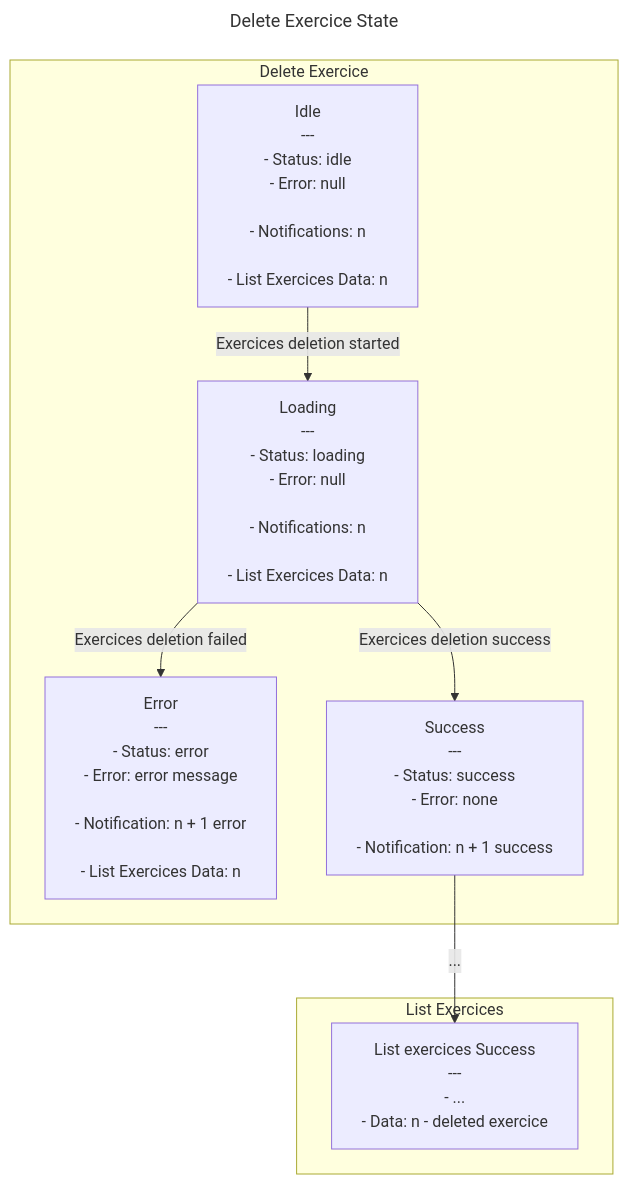
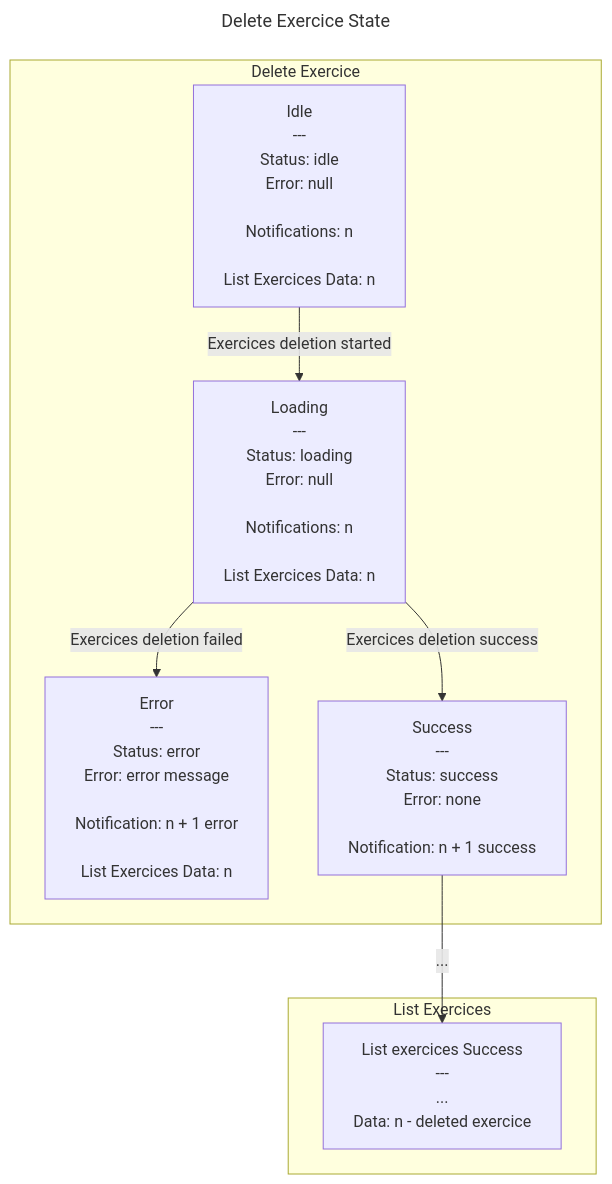
The diagram in src/exercice/features/delete-exercice/delete-exercice.state-machine.md (davidroberto/react-redux-clean-architecture-tdd-eda-vertical-slices), drawn with Mermaid before and after one commit. The commit also changed 5 other files, not shown here.

Commit message:
doc: update fsm diagram for prevent the list md render error

````diff
--- a/src/exercice/features/delete-exercice/delete-exercice.state-machine.md
+++ b/src/exercice/features/delete-exercice/delete-exercice.state-machine.md
@@ -1,66 +1,66 @@
 ```mermaid
 ---
 title: Delete Exercice State
 ---
 flowchart TD
     
 A[
     Idle
     ---
-        - Status: idle
-        - Error: null
+        Status: idle
+        Error: null
 
-        - Notifications: n
+        Notifications: n
 
-        - List Exercices Data: n
+        List Exercices Data: n
 ]
 
 B[
     Loading
     ---
-        - Status: loading
-        - Error: null
+        Status: loading
+        Error: null
 
-        - Notifications: n
+        Notifications: n
 
-        - List Exercices Data: n
+        List Exercices Data: n
 ]
 
 C[
     Error
     ---
-        - Status: error
-        - Error: error message
+        Status: error
+        Error: error message
         
-        - Notification: n + 1 error
+        Notification: n + 1 error
 
-        - List Exercices Data: n
+        List Exercices Data: n
 ]
 
 D[
     Success
     ---
-        - Status: success
-        - Error: none
+        Status: success
+        Error: none
     
-        - Notification: n + 1 success
+        Notification: n + 1 success
 ]
 
 E[
     List exercices Success
     ---
-        - ...
-        - Data: n - deleted exercice
+        ...
+        Data: n - deleted exercice
 ]
 
 subgraph Delete Exercice 
     A -->|Exercices deletion started|B
     B -->|Exercices deletion failed|C
     B -->|Exercices deletion success|D
 end
 
 subgraph List Exercices
 D -->|...|E
 end
 
 ```
````
